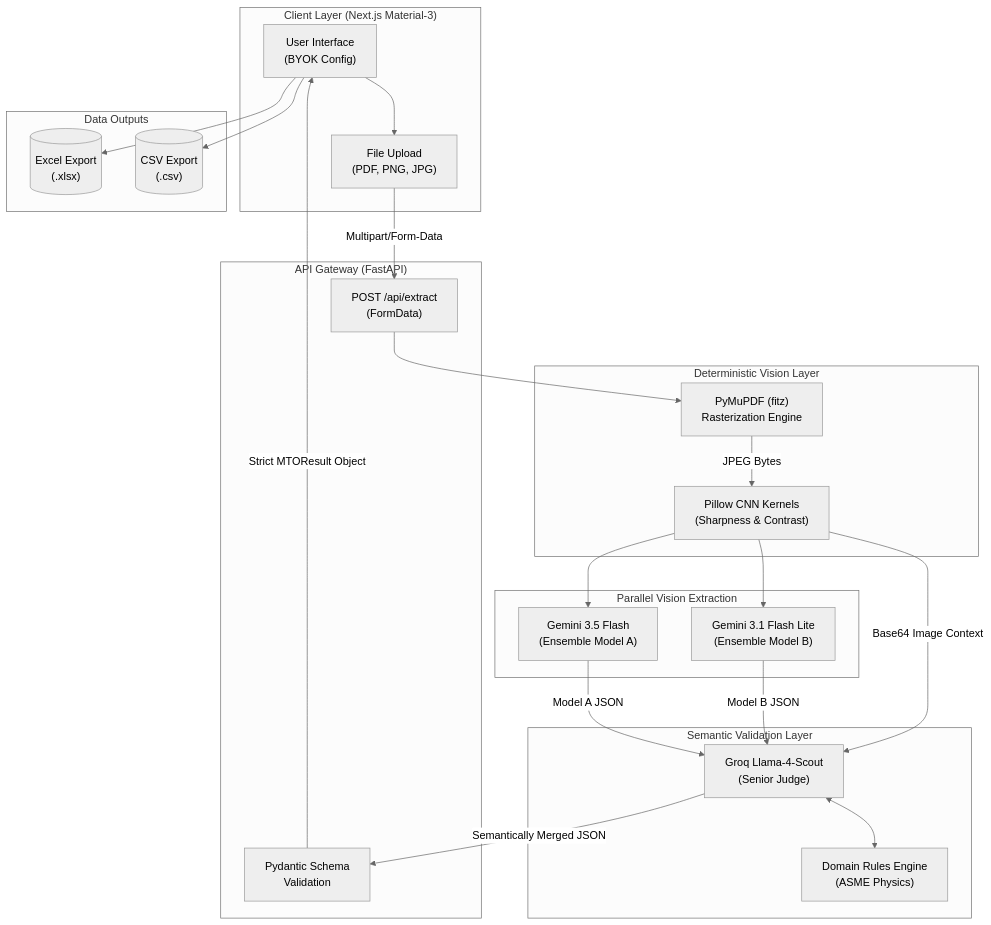
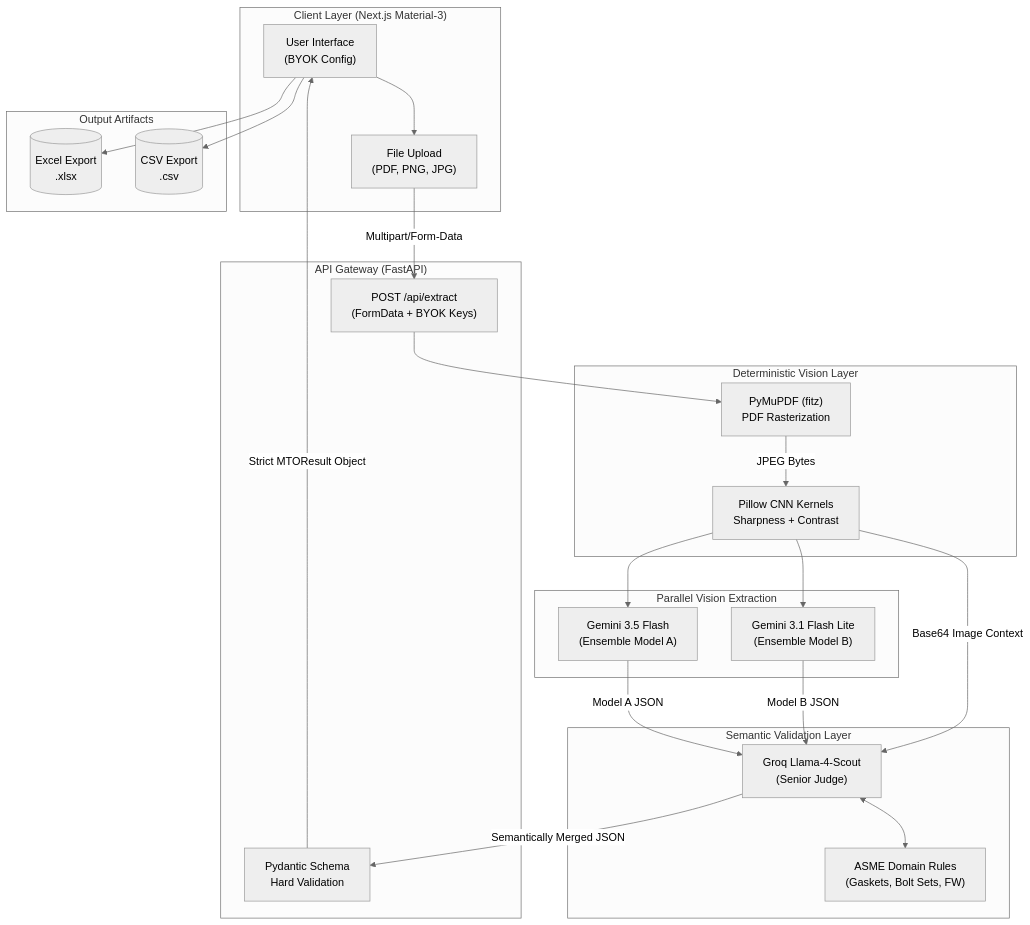
The diagram in README.md (wizardwithcodehazard/IsoArch), drawn with Mermaid (neutral theme) before and after one commit. The commit also changed other lines of this file and 2 other files, not shown here.

````diff
--- a/README.md
+++ b/README.md
@@ -11,57 +31,57 @@
 ```mermaid
 graph TD
     %% Frontend Boundary
     subgraph "Client Layer (Next.js Material-3)"
         UI["User Interface <br> (BYOK Config)"]
         Upload["File Upload <br> (PDF, PNG, JPG)"]
     end
 
     %% Backend Boundary
     subgraph "API Gateway (FastAPI)"
-        Router["POST /api/extract <br> (FormData)"]
-        PydanticValidator["Pydantic Schema <br> Validation"]
+        Router["POST /api/extract <br> (FormData + BYOK Keys)"]
+        PydanticValidator["Pydantic Schema <br> Hard Validation"]
     end
 
     %% Computer Vision Pre-Processing
     subgraph "Deterministic Vision Layer"
-        PDF["PyMuPDF (fitz) <br> Rasterization Engine"]
-        CNN["Pillow CNN Kernels <br> (Sharpness & Contrast)"]
+        PDF["PyMuPDF (fitz) <br> PDF Rasterization"]
+        CNN["Pillow CNN Kernels <br> Sharpness + Contrast"]
     end
 
     %% Ensemble Execution
     subgraph "Parallel Vision Extraction"
         Gemini35["Gemini 3.5 Flash <br> (Ensemble Model A)"]
         Gemini31["Gemini 3.1 Flash Lite <br> (Ensemble Model B)"]
     end
 
     %% Agentic Resolution
     subgraph "Semantic Validation Layer"
         Groq["Groq Llama-4-Scout <br> (Senior Judge)"]
-        DomainRules["Domain Rules Engine <br> (ASME Physics)"]
+        DomainRules["ASME Domain Rules <br> (Gaskets, Bolt Sets, FW)"]
     end
 
     %% Output Artifacts
-    subgraph "Data Outputs"
-        ExportXLSX[("Excel Export <br> (.xlsx)")]
-        ExportCSV[("CSV Export <br> (.csv)")]
+    subgraph "Output Artifacts"
+        ExportXLSX[("Excel Export <br> .xlsx")]
+        ExportCSV[("CSV Export <br> .csv")]
     end
 
     %% Data Flow
     UI --> Upload
     Upload -- "Multipart/Form-Data" --> Router
     Router --> PDF
     PDF -- "JPEG Bytes" --> CNN
     CNN --> Gemini35
     CNN --> Gemini31
-    
+
     Gemini35 -- "Model A JSON" --> Groq
     Gemini31 -- "Model B JSON" --> Groq
     CNN -- "Base64 Image Context" --> Groq
-    
+
     Groq <--> DomainRules
     Groq -- "Semantically Merged JSON" --> PydanticValidator
     PydanticValidator -- "Strict MTOResult Object" --> UI
-    
+
     UI --> ExportXLSX
     UI --> ExportCSV
 ```
````
